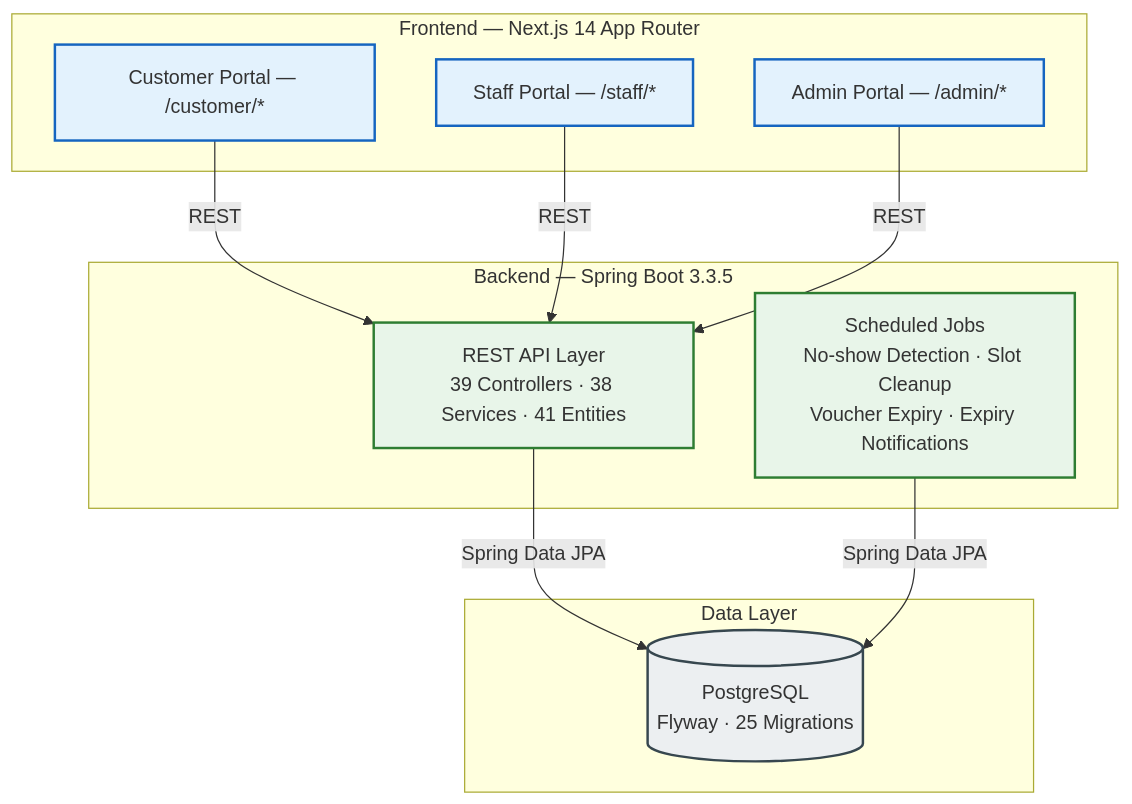
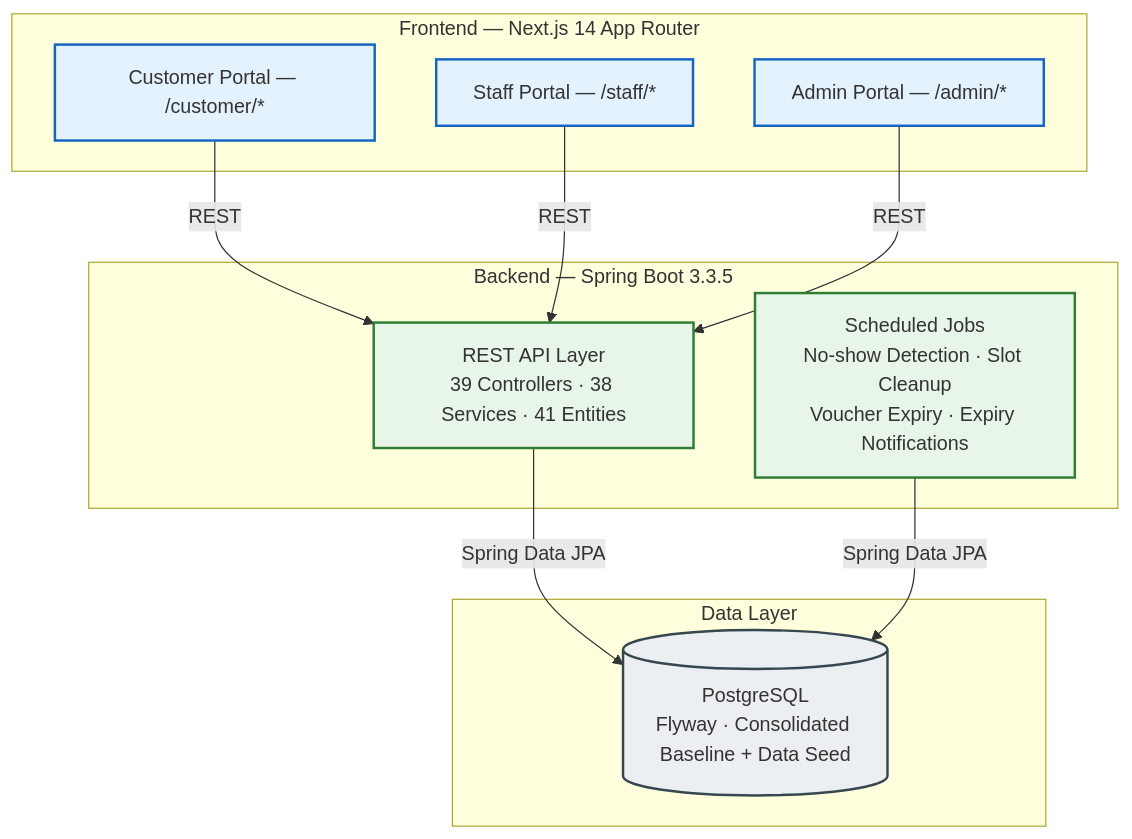
One commit to Hungle2910/Smart-Automated-Car-Wash-Management-System changed the diagram in README.md. Above: the diagram before and after it, drawn with Mermaid. The commit also changed other lines of this file and 101 other files, not shown here.

````diff
--- a/README.md
+++ b/README.md
@@ -35,25 +35,25 @@
 ```mermaid
 graph TD
     classDef client fill:#e3f2fd,stroke:#1565c0,stroke-width:2px;
     classDef server fill:#e8f5e9,stroke:#2e7d32,stroke-width:2px;
     classDef db fill:#eceff1,stroke:#37474f,stroke-width:2px;
 
     subgraph "Frontend — Next.js 14 App Router"
         CP["Customer Portal — /customer/*"]:::client
         SP["Staff Portal — /staff/*"]:::client
         AP["Admin Portal — /admin/*"]:::client
     end
 
     subgraph "Backend — Spring Boot 3.3.5"
         API["REST API Layer<br/>39 Controllers · 38 Services · 41 Entities"]:::server
         JOBS["Scheduled Jobs<br/>No-show Detection · Slot Cleanup<br/>Voucher Expiry · Expiry Notifications"]:::server
     end
 
     subgraph "Data Layer"
-        DB[("PostgreSQL<br/>Flyway · 25 Migrations")]:::db
+        DB[("PostgreSQL<br/>Flyway · Consolidated Baseline + Data Seed")]:::db
     end
 
     CP & SP & AP -->|REST| API
     API -->|Spring Data JPA| DB
     JOBS -->|Spring Data JPA| DB
 ```
````
